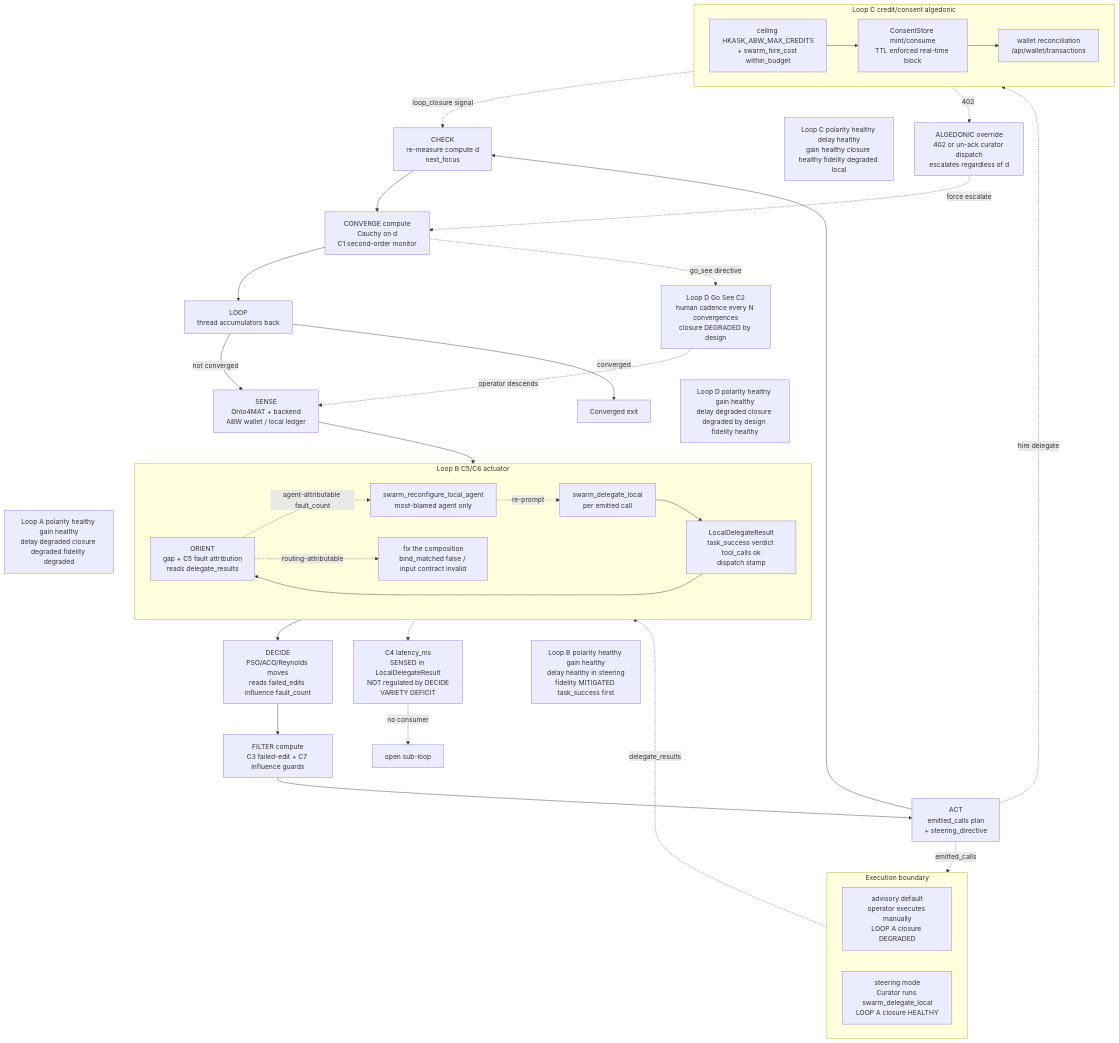
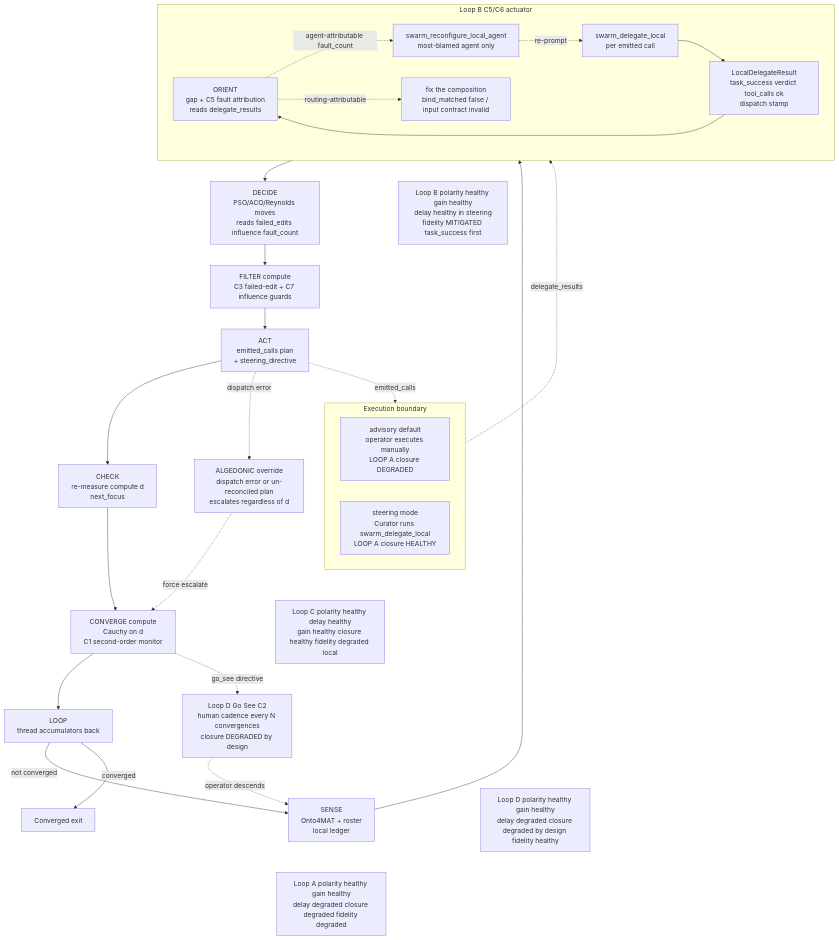
Before and after one commit to mdz-axo/zed-kask: the fourth of 6 diagrams in kask/docs/diagrams/swarm.md, drawn with Mermaid. The commit also changed other lines of this file and 31 other files, not shown here.

````diff
--- a/kask/docs/diagrams/swarm.md
+++ b/kask/docs/diagrams/swarm.md
@@ -333,66 +272,52 @@
 ```mermaid
 flowchart TD
-    SENSE["SENSE<br/>Onto4MAT + backend<br/>ABW wallet / local ledger"]
+    SENSE["SENSE<br/>Onto4MAT + roster<br/>local ledger"]
     ORIENT["ORIENT<br/>gap + C5 fault attribution<br/>reads delegate_results"]
     DECIDE["DECIDE<br/>PSO/ACO/Reynolds moves<br/>reads failed_edits influence fault_count"]
     FILTER["FILTER compute<br/>C3 failed-edit + C7 influence guards"]
     ACT["ACT<br/>emitted_calls plan<br/>+ steering_directive"]
     CHECK["CHECK<br/>re-measure compute d<br/>next_focus"]
     CONV["CONVERGE compute<br/>Cauchy on d<br/>C1 second-order monitor"]
     LOOP["LOOP<br/>thread accumulators back"]
 
     SENSE --> ORIENT --> DECIDE --> FILTER --> ACT --> CHECK --> CONV --> LOOP
     LOOP -->|not converged| SENSE
     LOOP -->|converged| DONE[Converged exit]
 
     subgraph exec["Execution boundary"]
         direction LR
         ADV["advisory default<br/>operator executes manually<br/>LOOP A closure DEGRADED"]
         STEER["steering mode<br/>Curator runs swarm_delegate_local<br/>LOOP A closure HEALTHY"]
     end
     ACT -.->|emitted_calls| exec
     exec -.->|delegate_results| ORIENT
 
     subgraph c6["Loop B C5/C6 actuator"]
         direction LR
         DL["swarm_delegate_local<br/>per emitted call"]
         RES["LocalDelegateResult<br/>task_success verdict tool_calls ok<br/>dispatch stamp"]
         RC["swarm_reconfigure_local_agent<br/>most-blamed agent only"]
         DL --> RES --> ORIENT
         ORIENT -.->|agent-attributable fault_count| RC
         ORIENT -.->|routing-attributable| COMP["fix the composition<br/>bind_matched false / input contract invalid"]
         RC -.->|re-prompt| DL
     end
 
-    subgraph cred["Loop C credit/consent algedonic"]
-        direction LR
-        CEIL["ceiling HKASK_ABW_MAX_CREDITS<br/>+ swarm_hire_cost within_budget"]
-        CONSENT["ConsentStore mint/consume<br/>TTL enforced real-time block"]
-        WALLET["wallet reconciliation<br/>/api/wallet/transactions"]
-        CEIL --> CONSENT --> WALLET
-    end
-    ACT -.->|hire delegate| cred
-    WALLET -.->|loop_closure signal| CHECK
-
-    ALG["ALGEDONIC override<br/>402 or un-ack curator dispatch<br/>escalates regardless of d"]
-    cred -.->|402| ALG
+    ALG["ALGEDONIC override<br/>dispatch error or un-reconciled plan<br/>escalates regardless of d"]
+    ACT -.->|dispatch error| ALG
     ALG -.->|force escalate| CONV
 
     GSEE["Loop D Go See C2<br/>human cadence every N convergences<br/>closure DEGRADED by design"]
     CONV -.->|go_see directive| GSEE
     GSEE -.->|operator descends| SENSE
-
-    LAT["C4 latency_ms<br/>SENSED in LocalDelegateResult<br/>NOT regulated by DECIDE<br/>VARIETY DEFICIT"]
-    RES -.-> LAT
-    LAT -.->|no consumer| X["open sub-loop"]
 
     noteA["Loop A polarity healthy gain healthy<br/>delay degraded closure degraded fidelity degraded"]
     noteB["Loop B polarity healthy gain healthy<br/>delay healthy in steering<br/>fidelity MITIGATED task_success first"]
     noteC["Loop C polarity healthy delay healthy<br/>gain healthy closure healthy fidelity degraded local"]
     noteD["Loop D polarity healthy gain healthy<br/>delay degraded closure degraded by design fidelity healthy"]
 
     SENSE ~~~ noteA
     RC ~~~ noteB
-    WALLET ~~~ noteC
+    ALG ~~~ noteC
     GSEE ~~~ noteD
 ```
````
